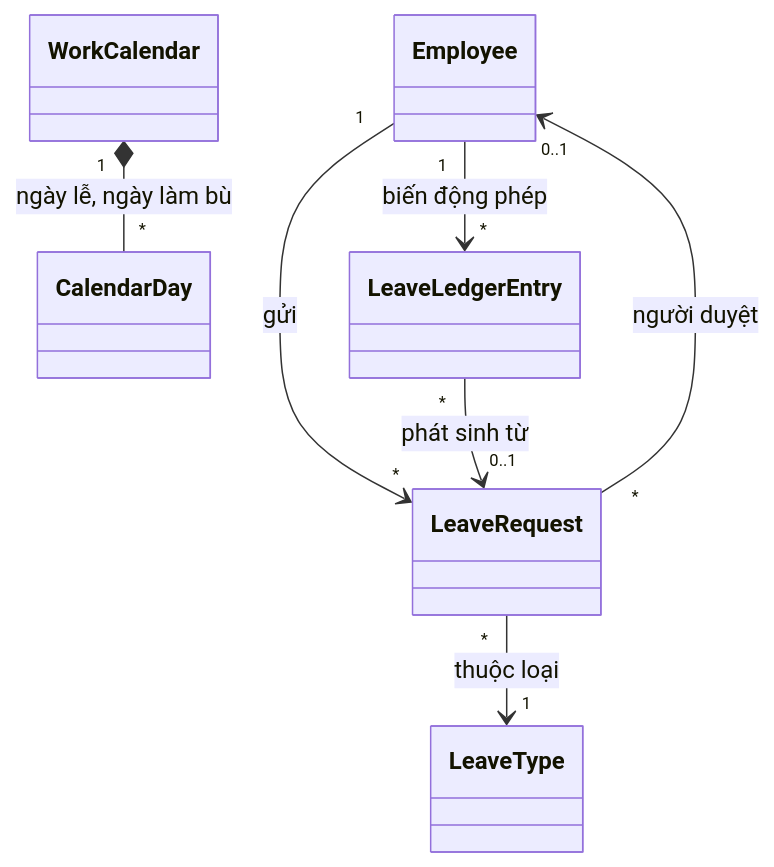
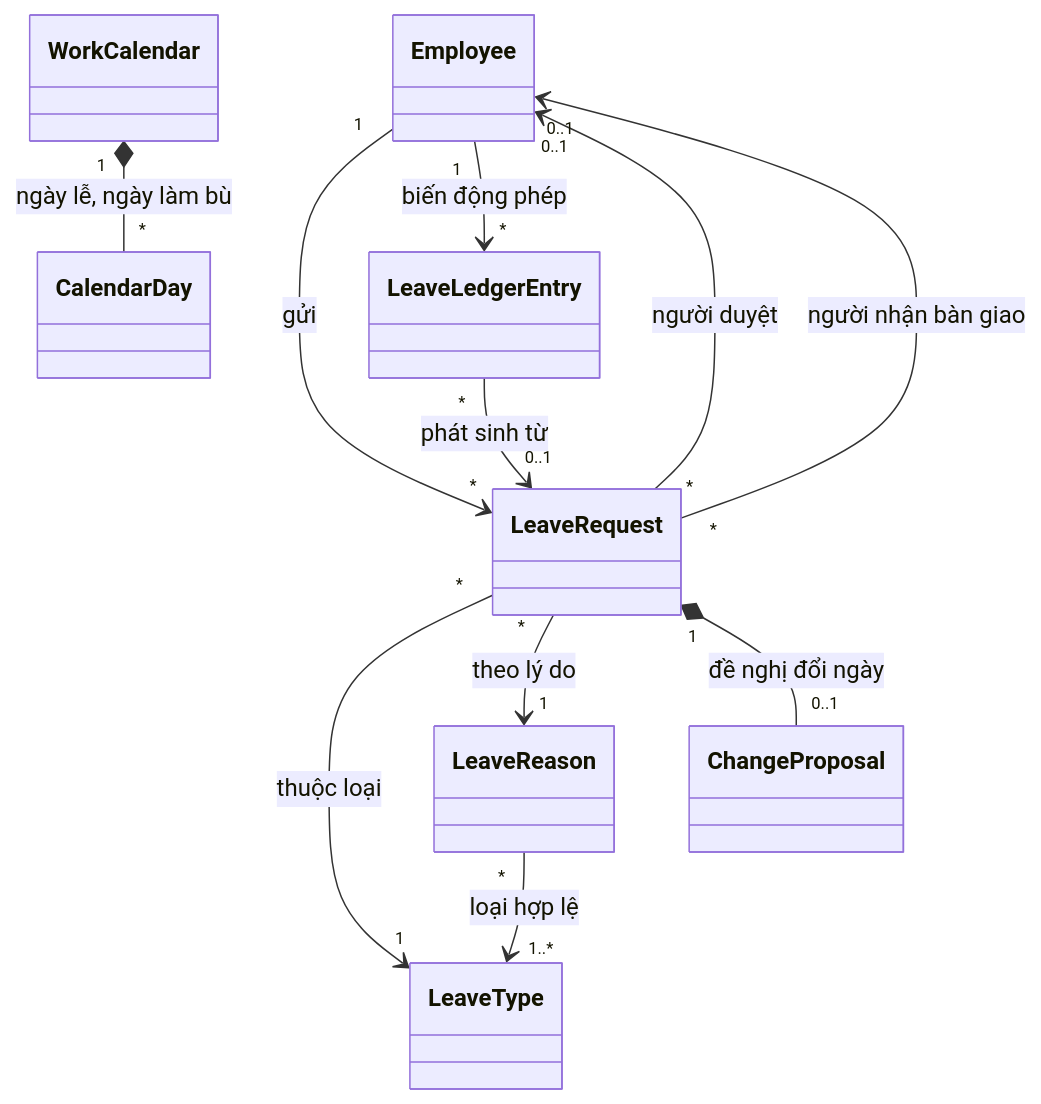
One commit to pbaodev/hr-manager changed the second of 12 diagrams in docs/analysis/domain.md. Above: the diagram before and after it, drawn with Mermaid. The commit also changed other lines of this file and 7 other files, not shown here.

````diff
--- a/docs/analysis/domain.md
+++ b/docs/analysis/domain.md
@@ -112,9 +122,13 @@
 ```mermaid
 classDiagram
   Employee "1" --> "*" LeaveRequest : gửi
   LeaveRequest "*" --> "1" LeaveType : thuộc loại
   LeaveRequest "*" --> "0..1" Employee : người duyệt
   Employee "1" --> "*" LeaveLedgerEntry : biến động phép
   LeaveLedgerEntry "*" --> "0..1" LeaveRequest : phát sinh từ
   WorkCalendar "1" *-- "*" CalendarDay : ngày lễ, ngày làm bù
+  LeaveRequest "*" --> "1" LeaveReason : theo lý do
+  LeaveReason "*" --> "1..*" LeaveType : loại hợp lệ
+  LeaveRequest "1" *-- "0..1" ChangeProposal : đề nghị đổi ngày
+  LeaveRequest "*" --> "0..1" Employee : người nhận bàn giao
 ```
````
